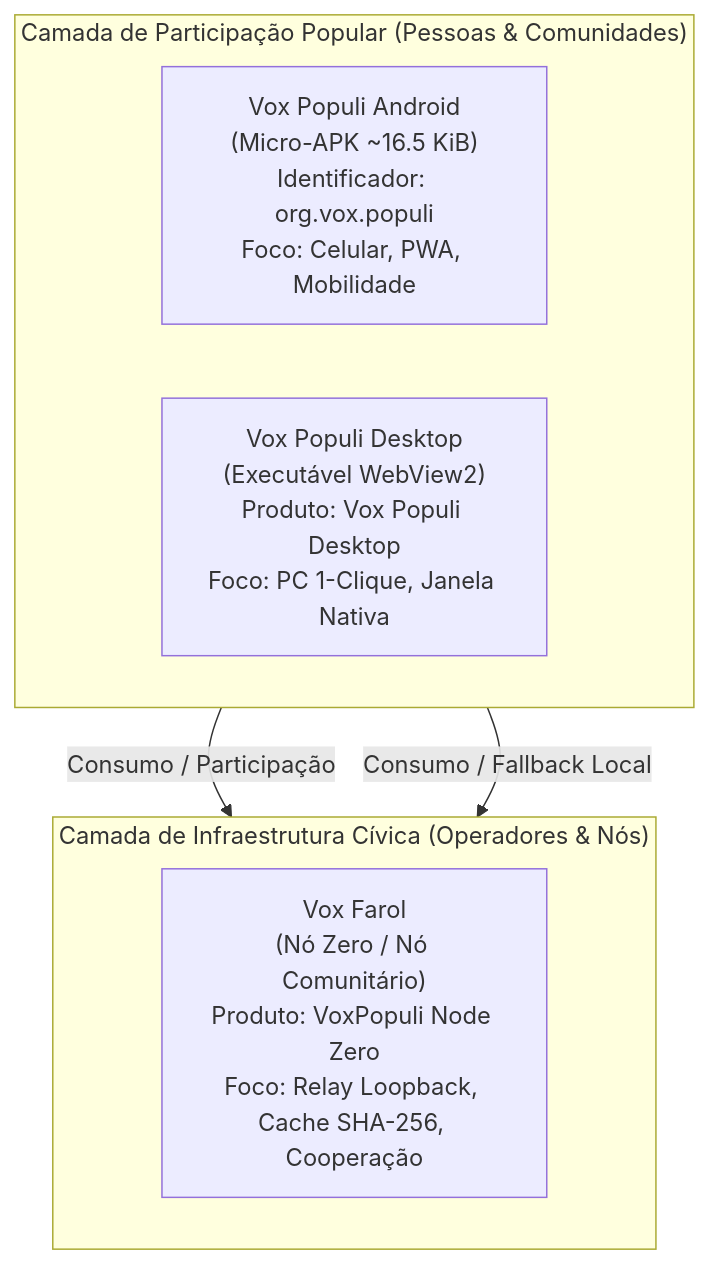
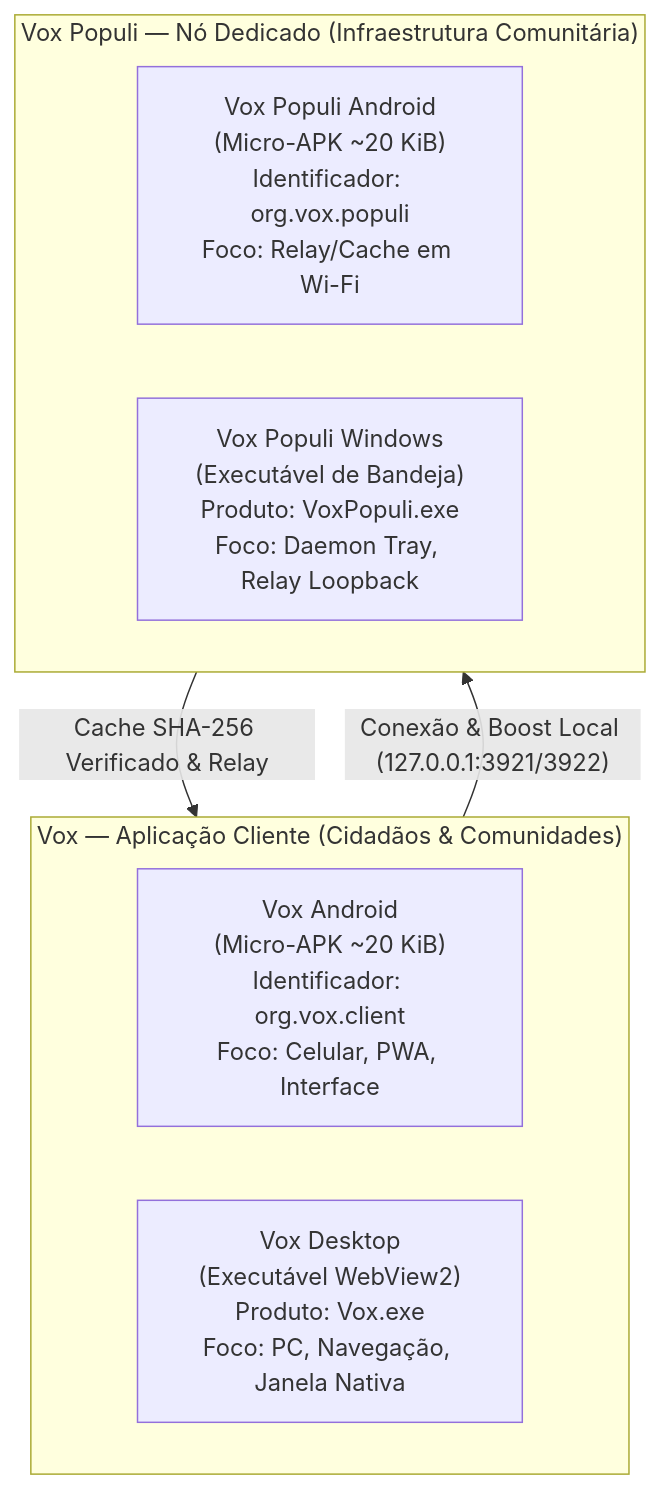
The diagram in docs/adr/011-taxonomia-tripartite-produtos-vox.md (yurikayel/vox), drawn with Mermaid before and after one commit. The commit also changed other lines of this file and 21 other files, not shown here.

Commit message:
feat(branding): abandono definitivo de Farol e simetria dual Vox (Client) e Vox Populi (No Dedicado)

````diff
--- a/docs/adr/011-taxonomia-tripartite-produtos-vox.md
+++ b/docs/adr/011-taxonomia-tripartite-produtos-vox.md
@@ -24,15 +24,17 @@
 ```mermaid
 flowchart TD
-    subgraph Pessoas ["Camada de Participação Popular (Pessoas & Comunidades)"]
+    subgraph Cliente ["Vox — Aplicação Cliente (Cidadãos & Comunidades)"]
         direction LR
-        Android["Vox Populi Android\n(Micro-APK ~16.5 KiB)\nIdentificador: org.vox.populi\nFoco: Celular, PWA, Mobilidade"]
-        Desktop["Vox Populi Desktop\n(Executável WebView2)\nProduto: Vox Populi Desktop\nFoco: PC 1-Clique, Janela Nativa"]
+        AndroidClient["Vox Android\n(Micro-APK ~20 KiB)\nIdentificador: org.vox.client\nFoco: Celular, PWA, Interface"]
+        DesktopClient["Vox Desktop\n(Executável WebView2)\nProduto: Vox.exe\nFoco: PC, Navegação, Janela Nativa"]
     end
 
-    subgraph Infra ["Camada de Infraestrutura Cívica (Operadores & Nós)"]
-        Farol["Vox Farol\n(Nó Zero / Nó Comunitário)\nProduto: VoxPopuli Node Zero\nFoco: Relay Loopback, Cache SHA-256, Cooperação"]
+    subgraph NoDedicado ["Vox Populi — Nó Dedicado (Infraestrutura Comunitária)"]
+        direction LR
+        AndroidNode["Vox Populi Android\n(Micro-APK ~20 KiB)\nIdentificador: org.vox.populi\nFoco: Relay/Cache em Wi-Fi"]
+        DesktopNode["Vox Populi Windows\n(Executável de Bandeja)\nProduto: VoxPopuli.exe\nFoco: Daemon Tray, Relay Loopback"]
     end
 
-    Android -->|"Consumo / Participação"| Infra
-    Desktop -->|"Consumo / Fallback Local"| Infra
+    Cliente -->|"Conexão & Boost Local (127.0.0.1:3921/3922)"| NoDedicado
+    NoDedicado -->|"Cache SHA-256 Verificado & Relay"| Cliente
 ```
````
